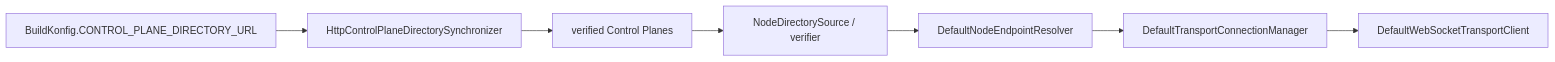
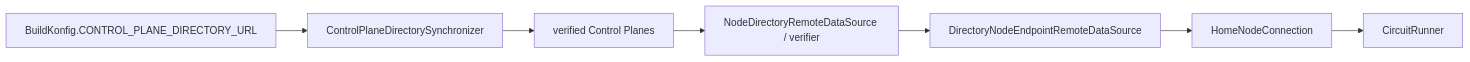
Before and after one commit to cbgm/Sparrow: the diagram in docs/features/transport.md, drawn with Mermaid. The commit also changed other lines of this file and 1796 other files, not shown here.

````diff
--- a/docs/features/transport.md
+++ b/docs/features/transport.md
@@ -7,12 +7,12 @@
 ```mermaid
 flowchart LR
     BK[BuildKonfig.CONTROL_PLANE_DIRECTORY_URL]
-    DS[HttpControlPlaneDirectorySynchronizer]
+    DS[ControlPlaneDirectorySynchronizer]
     CP[verified Control Planes]
-    ND[NodeDirectorySource / verifier]
-    ER[DefaultNodeEndpointResolver]
-    CM[DefaultTransportConnectionManager]
-    WS[DefaultWebSocketTransportClient]
+    ND[NodeDirectoryRemoteDataSource / verifier]
+    ER[DirectoryNodeEndpointRemoteDataSource]
+    CM[HomeNodeConnection]
+    CR[CircuitRunner]
 
-    BK --> DS --> CP --> ND --> ER --> CM --> WS
+    BK --> DS --> CP --> ND --> ER --> CM --> CR
 ```
````
